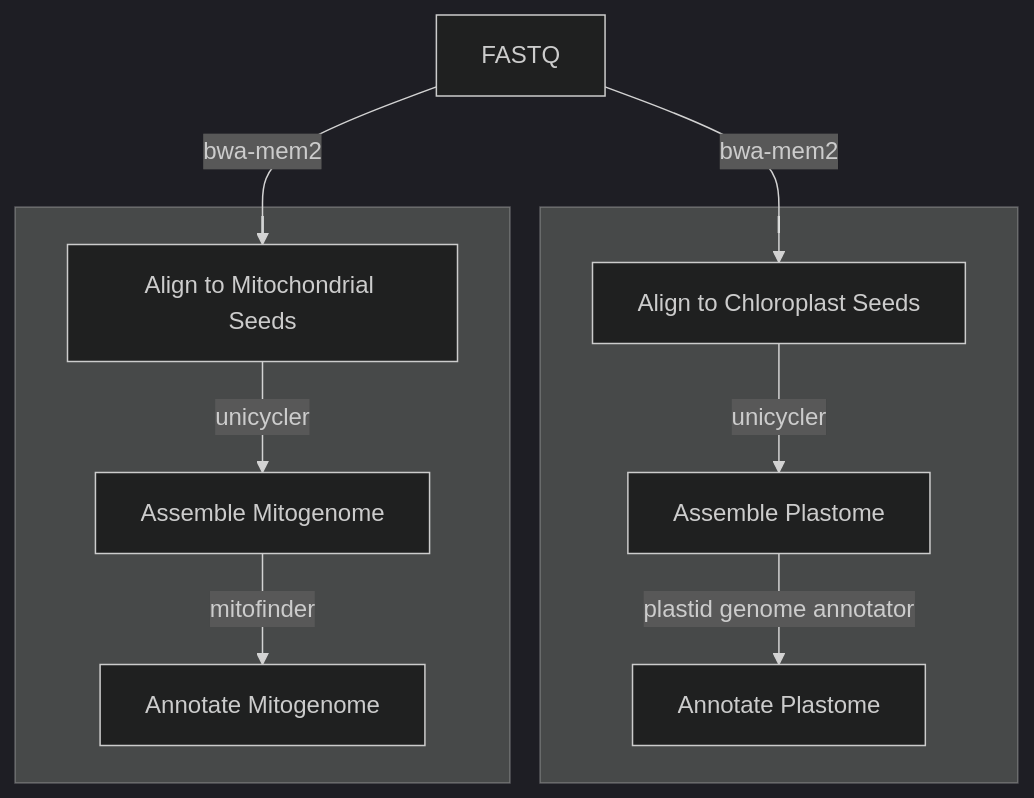
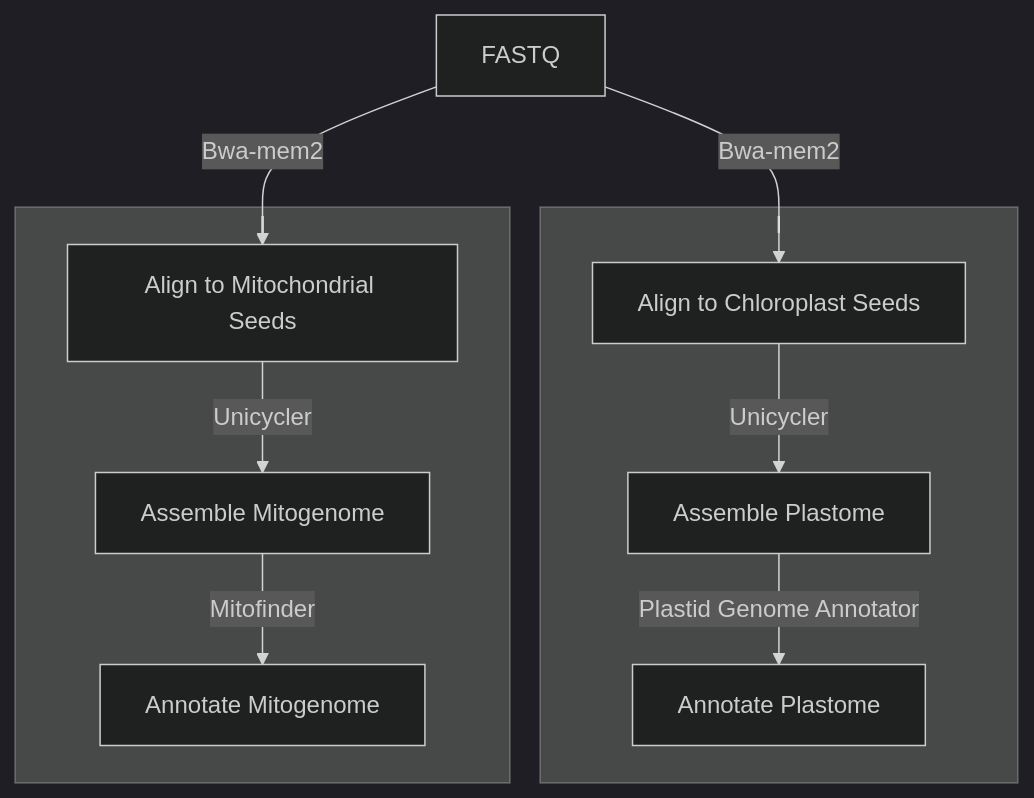
The diagram in docs/02-organelle-assembly-annotation.md (Tom-Jenkins/nextflow-pipelines), drawn with Mermaid (dark theme) before and after one commit. The commit also changed other lines of this file and 3 other files, not shown here.

````diff
--- a/docs/02-organelle-assembly-annotation.md
+++ b/docs/02-organelle-assembly-annotation.md
@@ -7,13 +7,13 @@
 ```mermaid
 graph TD;
-    FASTQ-->|bwa-mem2| m1[Align to Mitochondrial Seeds];
-    FASTQ-->|bwa-mem2| c1[Align to Chloroplast Seeds];
+    FASTQ-->|Bwa-mem2| m1[Align to Mitochondrial Seeds];
+    FASTQ-->|Bwa-mem2| c1[Align to Chloroplast Seeds];
     subgraph I 
-        c1-->|unicycler| c2[Assemble Plastome];
-        c2-->|plastid genome annotator| c3[Annotate Plastome];
+        c1-->|Unicycler| c2[Assemble Plastome];
+        c2-->|Plastid Genome Annotator| c3[Annotate Plastome];
     end
     subgraph I 
-        m1-->|unicycler| m2[Assemble Mitogenome];
-        m2-->|mitofinder| m3[Annotate Mitogenome];
+        m1-->|Unicycler| m2[Assemble Mitogenome];
+        m2-->|Mitofinder| m3[Annotate Mitogenome];
     end
 ```
````
